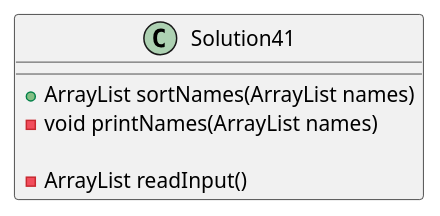
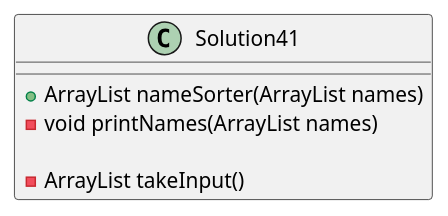
One commit to azoomer2/zommer-a04 changed the diagram in exercise41/docs/exercise41.puml. Above: the diagram before and after it, drawn with PlantUML. The commit also changed 17 other files, not shown here.

```diff
--- a/exercise41/docs/exercise41.puml
+++ b/exercise41/docs/exercise41.puml
@@ -1,19 +1,19 @@
 @startuml
 
 class Solution41{
 
 
-    +ArrayList sortNames(ArrayList names)
+    +ArrayList nameSorter(ArrayList names)
     -void printNames(ArrayList names)
 
-    -ArrayList readInput()
+    -ArrayList takeInput()
 
 
 
 }
 
 
 
 
 
 @enduml
```
